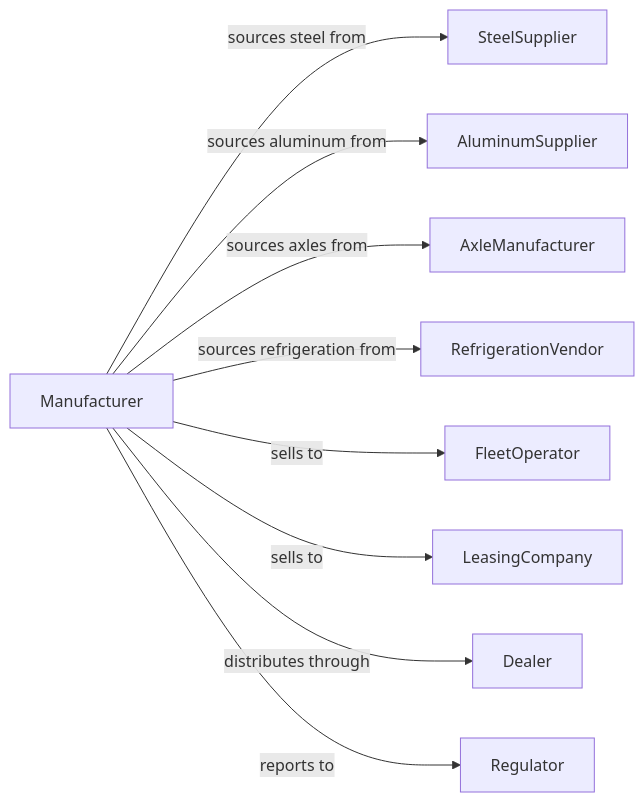
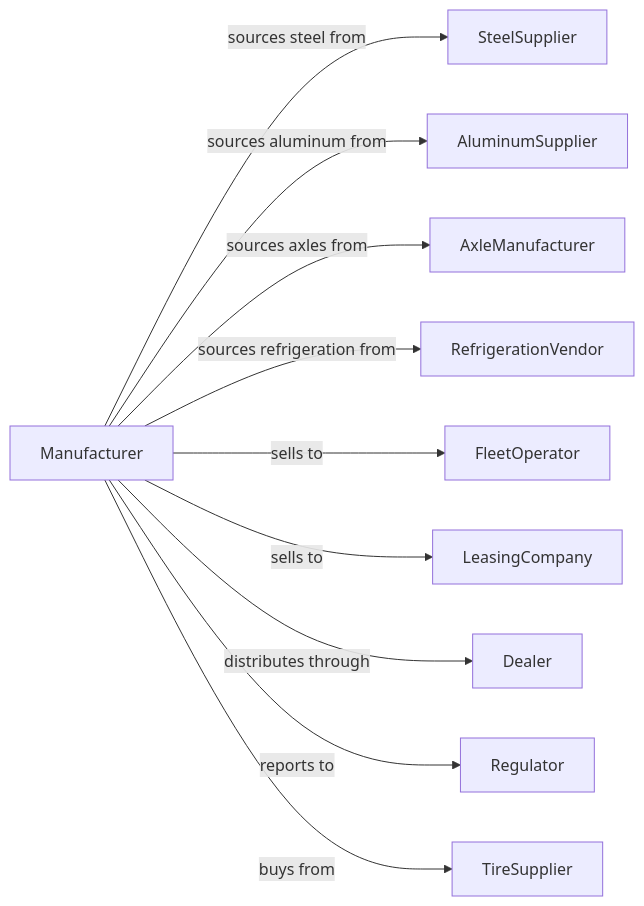
Before and after one commit to dot-org-ai/industries.org.ai: the second of 2 diagrams in Manufacturing/TransportationEquipmentManufacturing/MotorVehicleBodyAndTrailerManufacturing/TruckTrailerManufacturing.mdx, drawn with Mermaid. The commit also changed 588 other files, not shown here.

````diff
--- a/Manufacturing/TransportationEquipmentManufacturing/MotorVehicleBodyAndTrailerManufacturing/TruckTrailerManufacturing.mdx
+++ b/Manufacturing/TransportationEquipmentManufacturing/MotorVehicleBodyAndTrailerManufacturing/TruckTrailerManufacturing.mdx
@@ -128,13 +128,14 @@
 ```mermaid
 graph LR
     M[Manufacturer]
 
     M -->|sources steel from| SteelSupplier
     M -->|sources aluminum from| AluminumSupplier
     M -->|sources axles from| AxleManufacturer
     M -->|sources refrigeration from| RefrigerationVendor
     M -->|sells to| FleetOperator
     M -->|sells to| LeasingCompany
     M -->|distributes through| Dealer
     M -->|reports to| Regulator
+    M -->|buys from| TireSupplier
 ```
````
